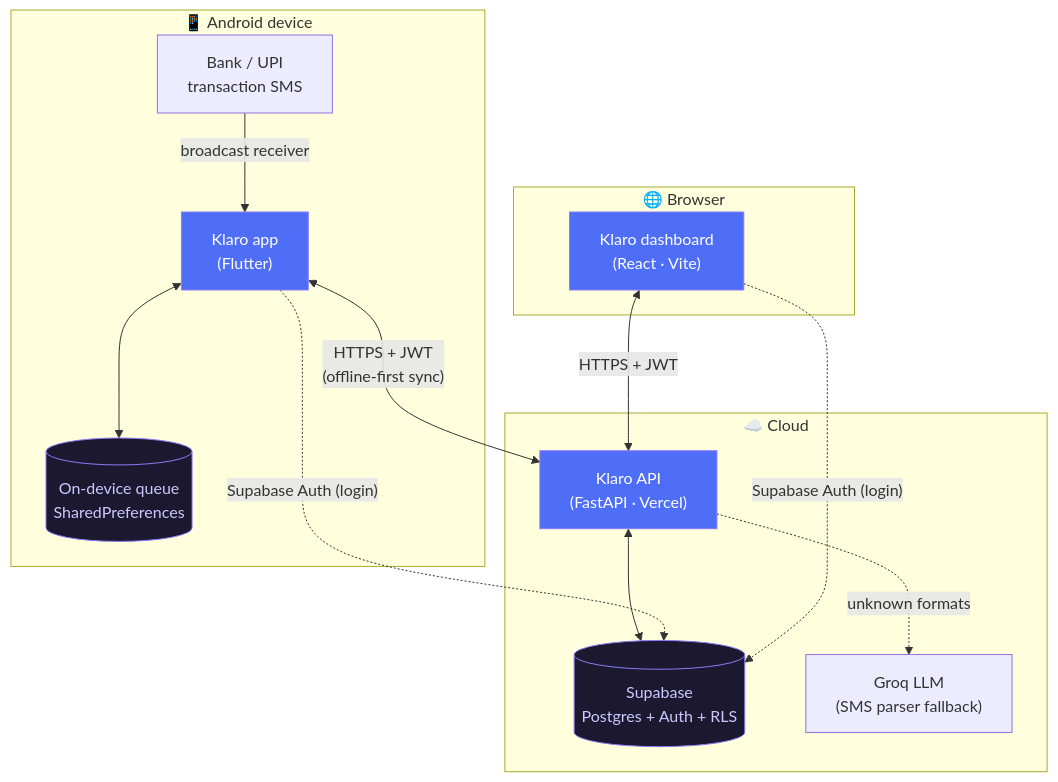
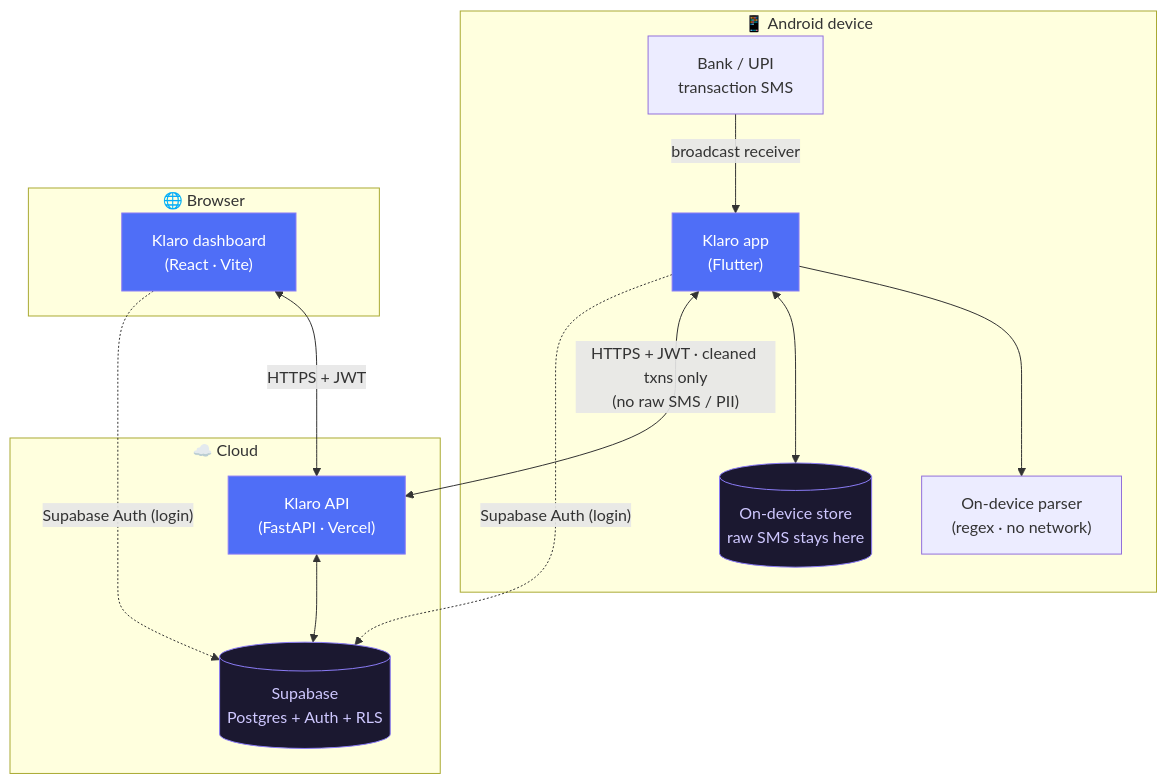
One commit to prem-maradiya/klaro-app changed the diagram in README.md. Above: the diagram before and after it, drawn with Mermaid. The commit also changed other lines of this file and 9 other files, not shown here.

First line of the commit message:
feat: parse SMS fully on-device; never upload raw messages or PII

````diff
--- a/README.md
+++ b/README.md
@@ -63,32 +68,32 @@
 ```mermaid
 flowchart TD
     subgraph Phone["📱 Android device"]
         SMS["Bank / UPI<br/>transaction SMS"]
         APP["Klaro app<br/>(Flutter)"]
-        LOCAL[("On-device queue<br/>SharedPreferences")]
+        PARSE["On-device parser<br/>(regex · no network)"]
+        LOCAL[("On-device store<br/>raw SMS stays here")]
         SMS -->|broadcast receiver| APP
+        APP --> PARSE
         APP <--> LOCAL
     end
 
     subgraph Cloud["☁️ Cloud"]
         API["Klaro API<br/>(FastAPI · Vercel)"]
         SB[("Supabase<br/>Postgres + Auth + RLS")]
-        GROQ["Groq LLM<br/>(SMS parser fallback)"]
         API <--> SB
-        API -.->|unknown formats| GROQ
     end
 
     subgraph Web["🌐 Browser"]
         DASH["Klaro dashboard<br/>(React · Vite)"]
     end
 
-    APP <-->|"HTTPS + JWT<br/>(offline-first sync)"| API
+    APP <-->|"HTTPS + JWT · cleaned txns only<br/>(no raw SMS / PII)"| API
     DASH <-->|"HTTPS + JWT"| API
     APP -. "Supabase Auth (login)" .-> SB
     DASH -. "Supabase Auth (login)" .-> SB
 
     classDef brand fill:#4F6EF7,stroke:#8B7CF6,color:#fff;
     classDef store fill:#1b1830,stroke:#8B7CF6,color:#cfc8ff;
     class APP,API,DASH brand;
     class LOCAL,SB store;
 ```
````
